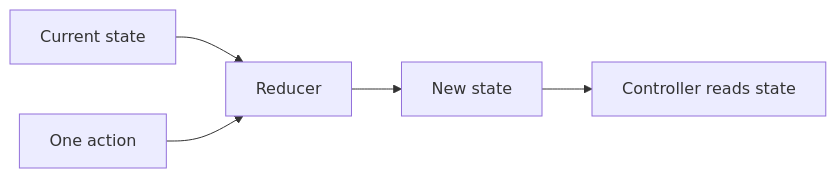
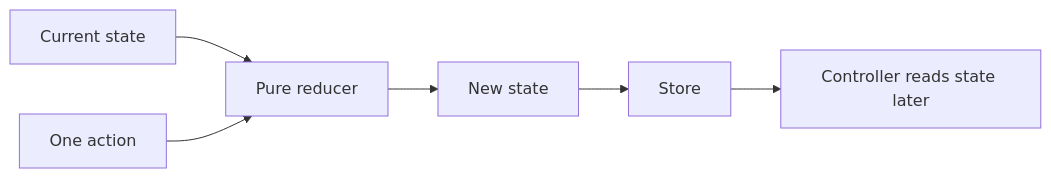
The diagram in content/learning/robotics-foundations/05-redux-basics.md (ARES-23247/ARESWEB), drawn with Mermaid before and after one commit. The commit also changed other lines of this file and 47 other files, not shown here.

````diff
--- a/content/learning/robotics-foundations/05-redux-basics.md
+++ b/content/learning/robotics-foundations/05-redux-basics.md
@@ -19,8 +54,9 @@
 ```mermaid
-%% aria: The store sends the current state and one action to a reducer, which returns a new state for controllers to read.
+%% aria: The store gives current state and one action to a reducer. The reducer returns new state. A controller may read that state later.
 flowchart LR
-    A["Current state"] --> C["Reducer"]
-    B["One action"] --> C
-    C --> D["New state"]
-    D --> E["Controller reads state"]
+    S["Current state"] --> R["Pure reducer"]
+    A["One action"] --> R
+    R --> N["New state"]
+    N --> T["Store"]
+    T --> C["Controller reads state later"]
 ```
````
